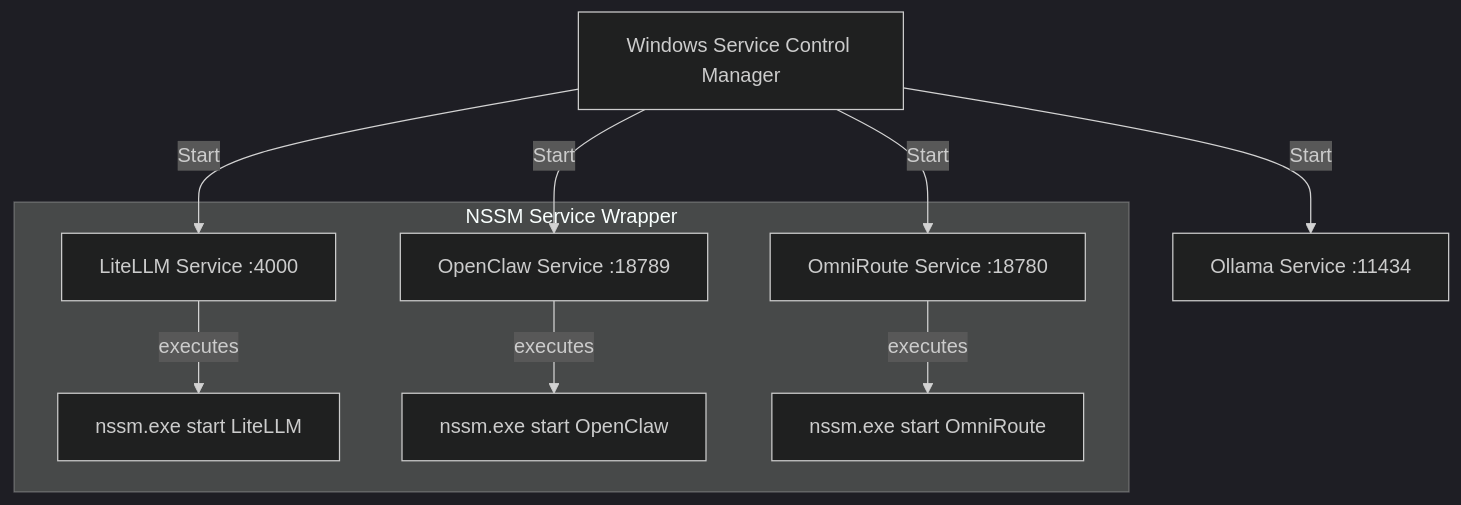
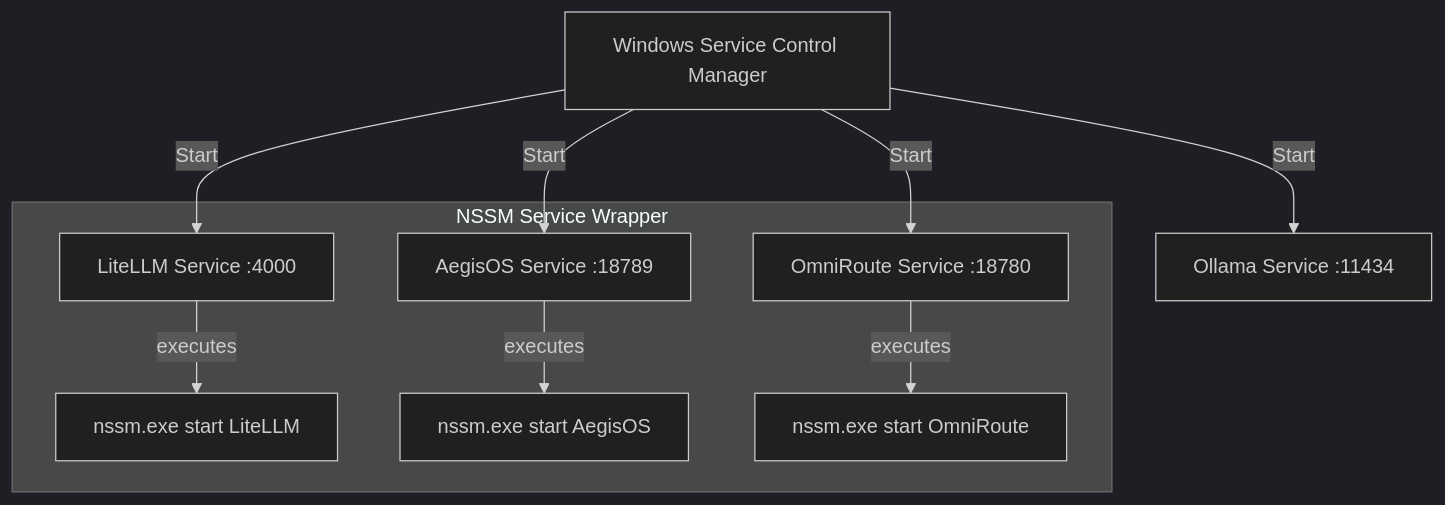
The second of 3 diagrams in docs/Administrator_Guide.md (rjmad1/AegisOS), drawn with Mermaid (dark theme) before and after one commit. The commit also changed other lines of this file and 303 other files, not shown here.

Commit message:
refactor(branding): rename OpenClaw to AegisOS

````diff
--- a/docs/Administrator_Guide.md
+++ b/docs/Administrator_Guide.md
@@ -62,13 +62,13 @@
 ```mermaid
 graph TD
     SCM[Windows Service Control Manager] -->|Start| S1[Ollama Service :11434]
     SCM -->|Start| S2[LiteLLM Service :4000]
-    SCM -->|Start| S3[OpenClaw Service :18789]
+    SCM -->|Start| S3[AegisOS Service :18789]
     SCM -->|Start| S4[OmniRoute Service :18780]
     
     subgraph NSSM Service Wrapper
         S2 -->|executes| LiteLLMCmd[nssm.exe start LiteLLM]
-        S3 -->|executes| OpenClawCmd[nssm.exe start OpenClaw]
+        S3 -->|executes| AegisOSCmd[nssm.exe start AegisOS]
         S4 -->|executes| OmniRouteCmd[nssm.exe start OmniRoute]
     end
 ```
````
